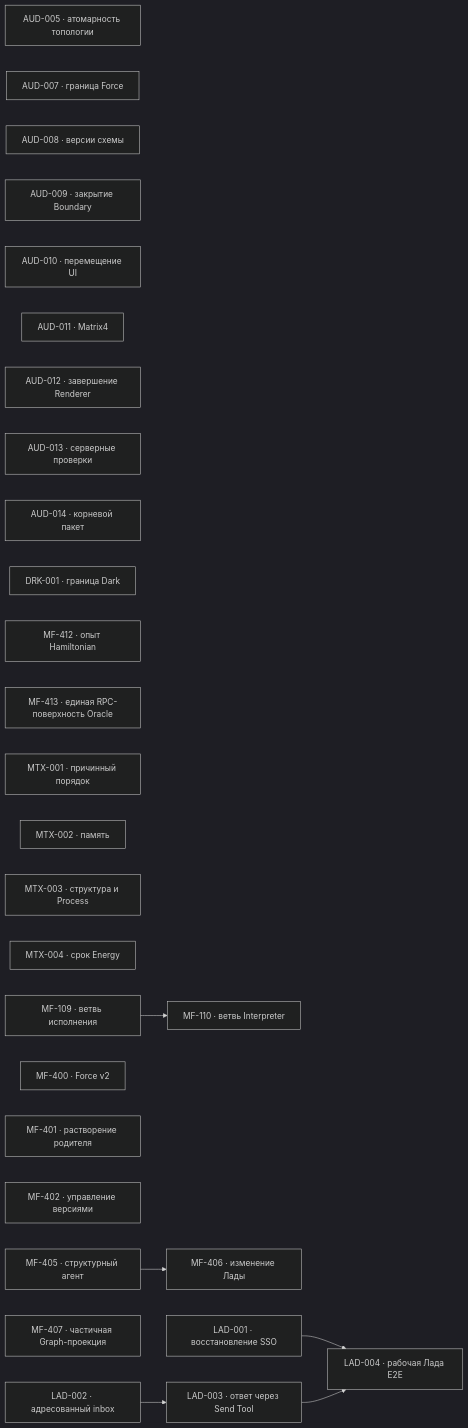
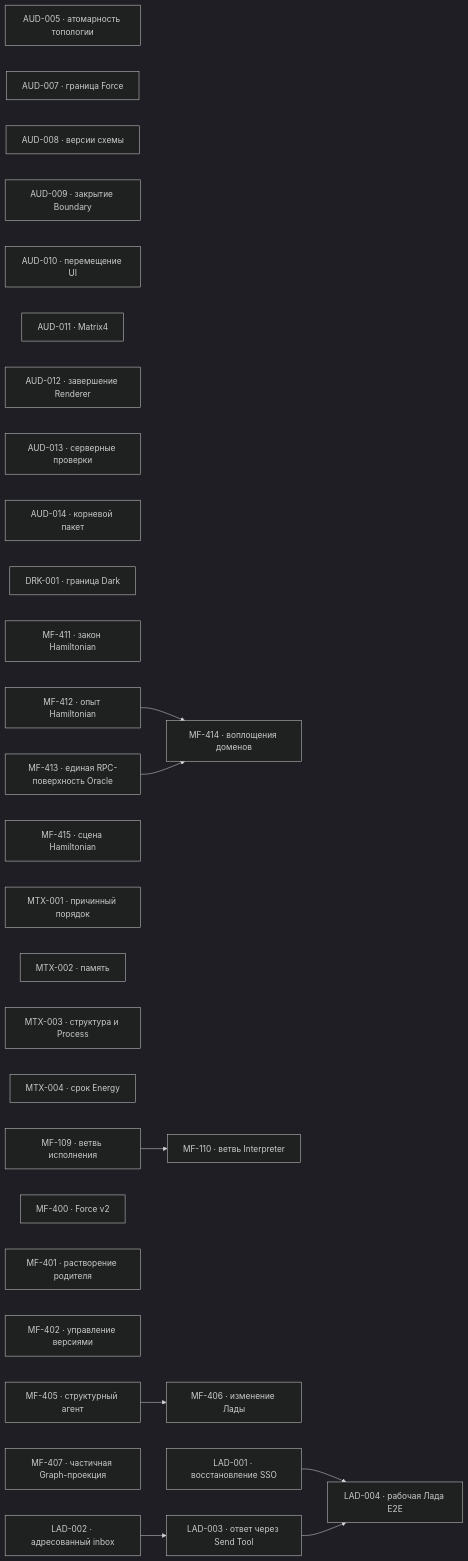
Before and after one commit to zavx0z/metafor: the first of 2 diagrams in project/TODO.md, drawn with Mermaid (dark theme). The commit also changed other lines of this file and 28 other files, not shown here.

````diff
--- a/project/TODO.md
+++ b/project/TODO.md
@@ -13,36 +13,41 @@
 ```mermaid
 flowchart LR
     AUD005["AUD-005 · атомарность топологии"]
     AUD007["AUD-007 · граница Force"]
     AUD008["AUD-008 · версии схемы"]
     AUD009["AUD-009 · закрытие Boundary"]
     AUD010["AUD-010 · перемещение UI"]
     AUD011["AUD-011 · Matrix4"]
     AUD012["AUD-012 · завершение Renderer"]
     AUD013["AUD-013 · серверные проверки"]
     AUD014["AUD-014 · корневой пакет"]
     DRK001["DRK-001 · граница Dark"]
+    MF411["MF-411 · закон Hamiltonian"]
     MF412["MF-412 · опыт Hamiltonian"]
     MF413["MF-413 · единая RPC-поверхность Oracle"]
+    MF414["MF-414 · воплощения доменов"]
+    MF415["MF-415 · сцена Hamiltonian"]
     MTX001["MTX-001 · причинный порядок"]
     MTX002["MTX-002 · память"]
     MTX003["MTX-003 · структура и Process"]
     MTX004["MTX-004 · срок Energy"]
     MF109["MF-109 · ветвь исполнения"]
     MF110["MF-110 · ветвь Interpreter"]
     MF400["MF-400 · Force v2"]
     MF401["MF-401 · растворение родителя"]
     MF402["MF-402 · управление версиями"]
     MF405["MF-405 · структурный агент"]
     MF406["MF-406 · изменение Лады"]
     MF407["MF-407 · частичная Graph-проекция"]
     LAD001["LAD-001 · восстановление SSO"]
     LAD002["LAD-002 · адресованный inbox"]
     LAD003["LAD-003 · ответ через Send Tool"]
     LAD004["LAD-004 · рабочая Лада E2E"]
     MF109 --> MF110
     MF405 --> MF406
+    MF412 --> MF414
+    MF413 --> MF414
     LAD002 --> LAD003
     LAD001 --> LAD004
     LAD003 --> LAD004
 ```
````
